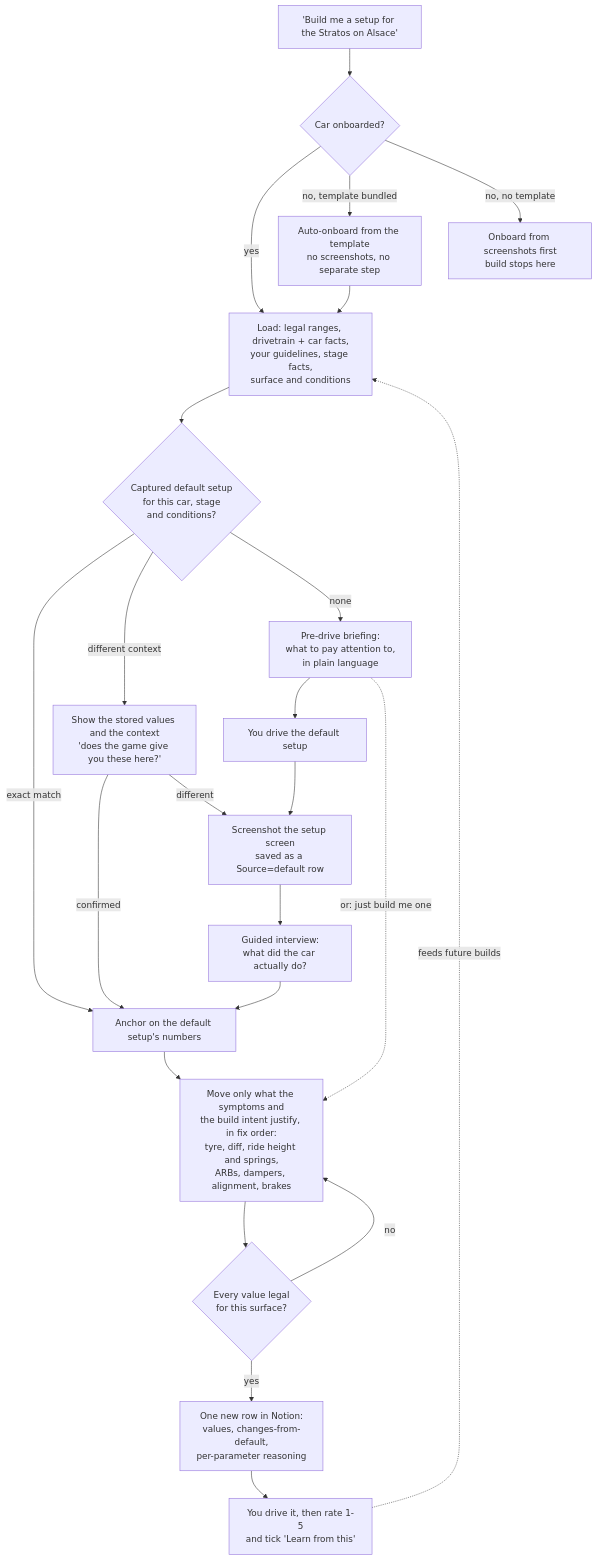
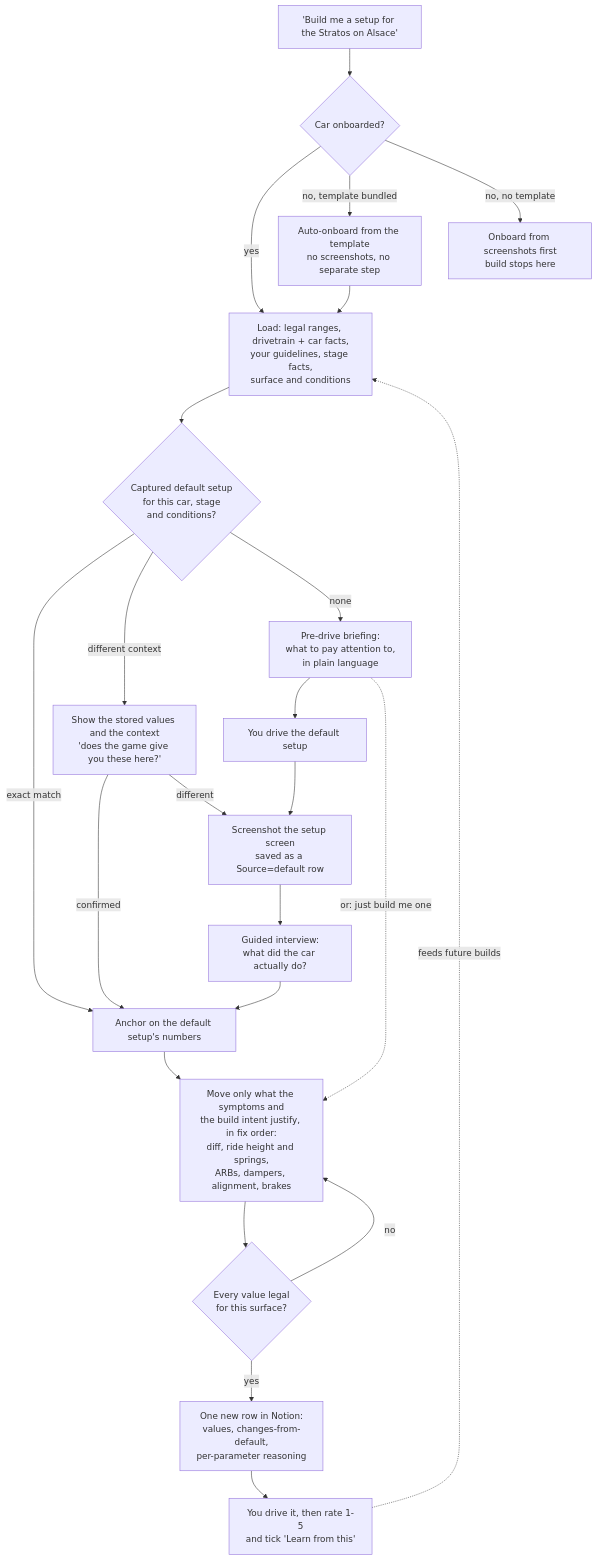
One commit to fredmayor88/acr-setup-engineer changed the second of 6 diagrams in README.md. Above: the diagram before and after it, drawn with Mermaid. The commit also changed other lines of this file, not shown here.

Commit message:
docs: drop tyre type from the fix-order ladder description
The in-game tyre model is still in development and compounds don't feel
meaningfully different yet, so leading the ladder with tyres oversells it in
user-facing docs. The skill's own ordering is unchanged.

````diff
--- a/README.md
+++ b/README.md
@@ -318,33 +318,33 @@
 ```mermaid
 flowchart TD
     Start["'Build me a setup for the Stratos on Alsace'"] --> Onb{"Car onboarded?"}
 
     Onb -->|"yes"| Ctx
     Onb -->|"no, template bundled"| Auto["Auto-onboard from the template<br/>no screenshots, no separate step"]
     Onb -->|"no, no template"| Stop["Onboard from screenshots first<br/>build stops here"]
     Auto --> Ctx
 
     Ctx["Load: legal ranges, drivetrain + car facts,<br/>your guidelines, stage facts,<br/>surface and conditions"] --> Base{"Captured default setup<br/>for this car, stage<br/>and conditions?"}
 
     Base -->|"exact match"| Anchor
     Base -->|"different context"| Ask["Show the stored values and the context<br/>'does the game give you these here?'"]
     Base -->|"none"| Brief["Pre-drive briefing:<br/>what to pay attention to,<br/>in plain language"]
 
     Ask -->|"confirmed"| Anchor
     Ask -->|"different"| Capture
 
     Brief --> Drive["You drive the default setup"]
     Drive --> Capture["Screenshot the setup screen<br/>saved as a Source=default row"]
     Capture --> Interview["Guided interview:<br/>what did the car actually do?"]
     Interview --> Anchor
 
     Brief -.->|"or: just build me one"| Choose
 
-    Anchor["Anchor on the default setup's numbers"] --> Choose["Move only what the symptoms and<br/>the build intent justify, in fix order:<br/>tyre, diff, ride height and springs,<br/>ARBs, dampers, alignment, brakes"]
+    Anchor["Anchor on the default setup's numbers"] --> Choose["Move only what the symptoms and<br/>the build intent justify, in fix order:<br/>diff, ride height and springs,<br/>ARBs, dampers, alignment, brakes"]
 
     Choose --> Valid{"Every value legal<br/>for this surface?"}
     Valid -->|"no"| Choose
     Valid -->|"yes"| Write["One new row in Notion:<br/>values, changes-from-default,<br/>per-parameter reasoning"]
     Write --> Rate["You drive it, then rate 1-5<br/>and tick 'Learn from this'"]
     Rate -.->|"feeds future builds"| Ctx
 ```
````
